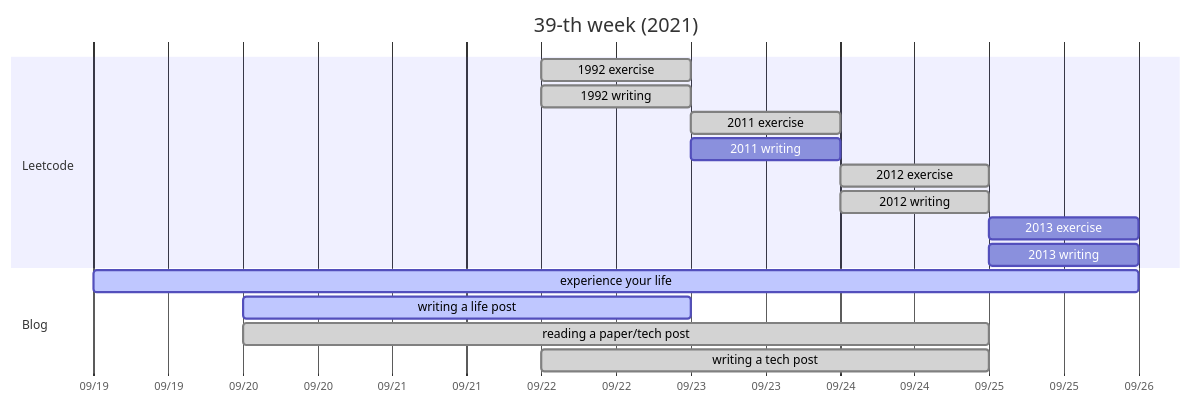
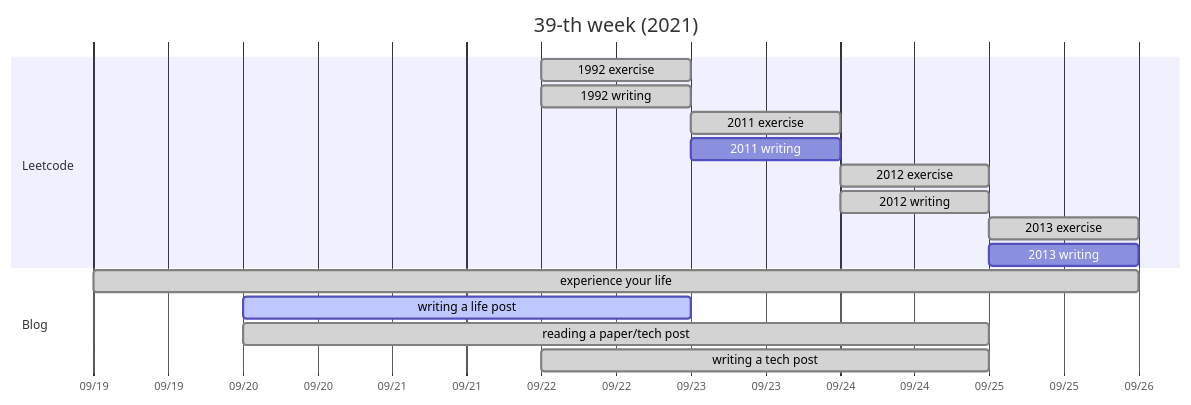
One commit to michaelmoju/allenyummy.github.io changed the diagram in _posts/2021-09-22-39th-weekly-progress.md. Above: the diagram before and after it, drawn with Mermaid.

Commit message:
[modified] 2021-09-22-39th-weekly-progress

````diff
--- a/_posts/2021-09-22-39th-weekly-progress.md
+++ b/_posts/2021-09-22-39th-weekly-progress.md
@@ -23,22 +23,22 @@
 ```mermaid
 gantt
     title 39-th week (2021)
     dateFormat  YYYY-MM-DD
     axisFormat  %m/%d
 
     section Leetcode
     1992 exercise       : done  , L1, 2021-09-22, 1d
     1992 writing        : done  , L2, 2021-09-22, 1d
     2011 exercise       : done  , L3, 2021-09-23, 1d
     2011 writing        :         L4, 2021-09-23, 1d
     2012 exercise       : done  , L5, 2021-09-24, 1d
     2012 writing        : done  , L6, 2021-09-24, 1d
-    2013 exercise       :         L7, 2021-09-25, 1d
+    2013 exercise       : done  , L7, 2021-09-25, 1d
     2013 writing        :         L8, 2021-09-25, 1d
 
     section Blog
-    experience your life: active, B1, 2021-09-19, 7d
+    experience your life: done, B1, 2021-09-19, 7d
     writing a life post : active, B2, 2021-09-20, 3d
     reading a paper/tech post: done, B3, 2021-09-20, 5d
     writing a tech post : done, B4, 2021-09-22, 3d
 ```
````
